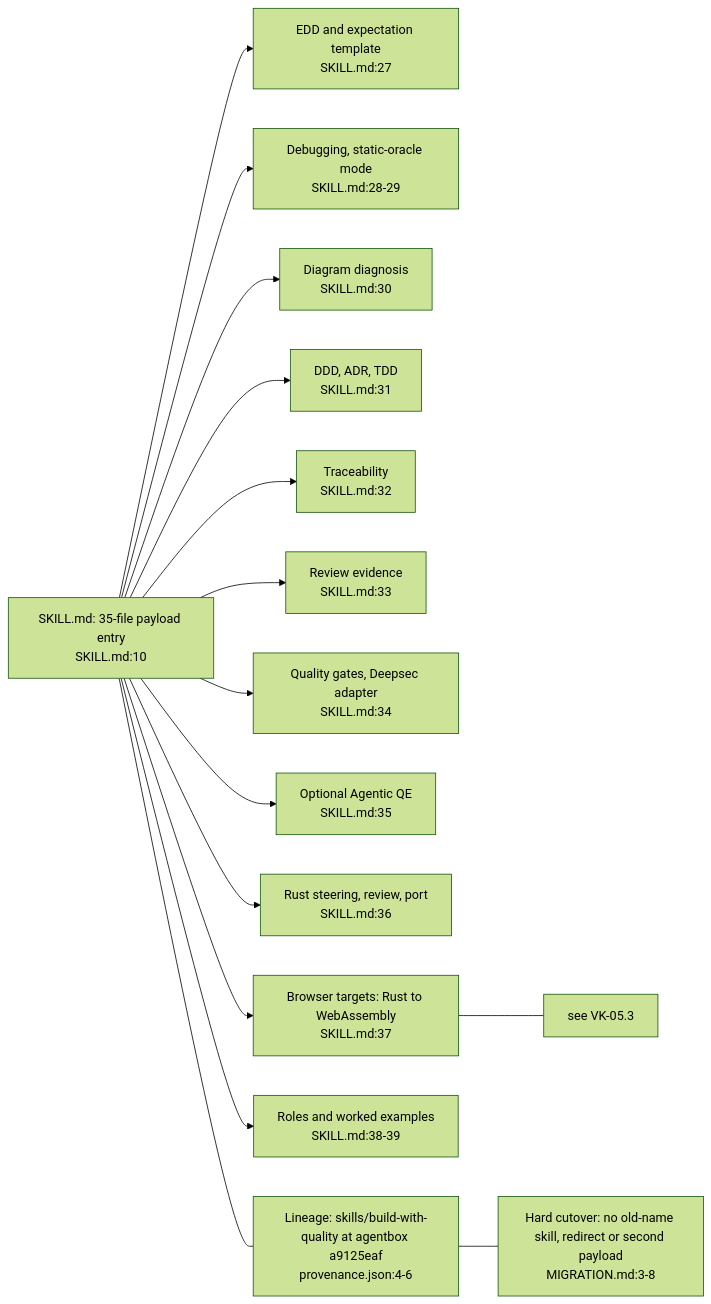
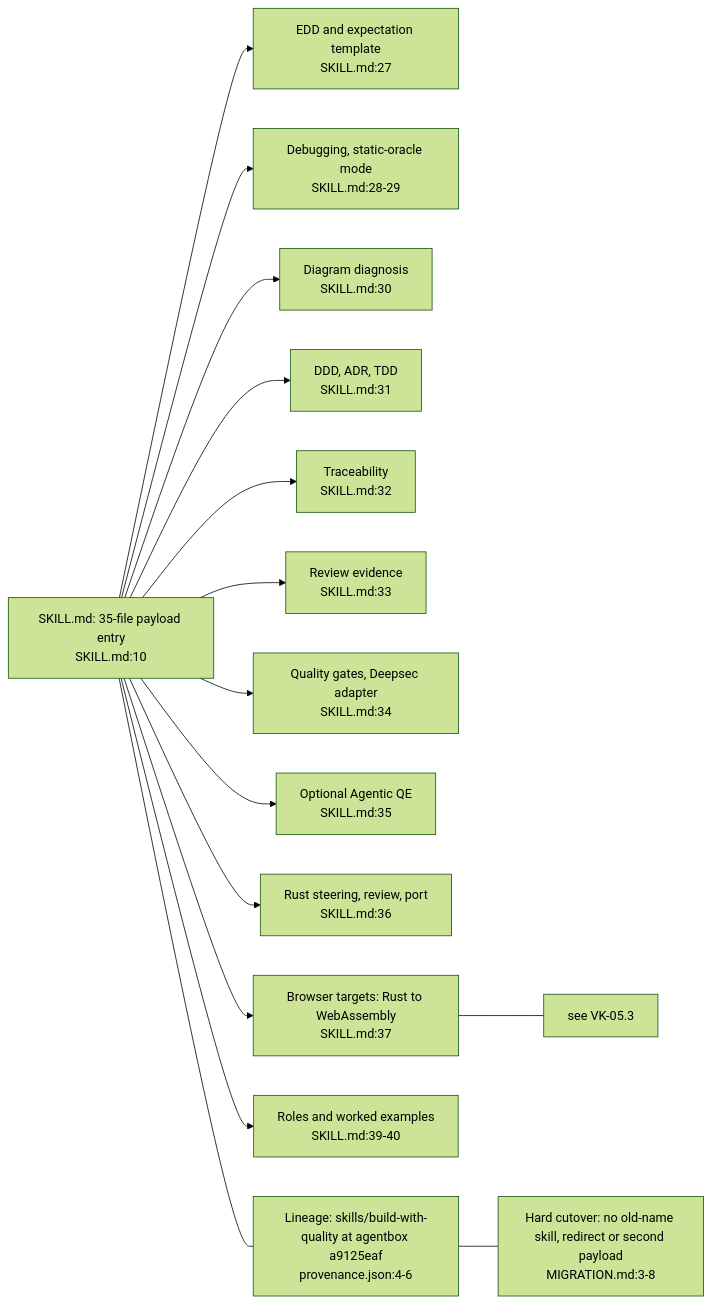
The fifth of 5 diagrams in docs/diagrams/visioncraft/01-crate-skill-composition-and-contracts.md (DreamLab-AI/VisionFlow), drawn with Mermaid (forest theme) before and after one commit. The commit also changed other lines of this file and 154 other files, not shown here.

First line of the commit message:
docs(diagrams): re-stamp 154 topics whose every citation still reads the same text at the current heads

````diff
--- a/docs/diagrams/visioncraft/01-crate-skill-composition-and-contracts.md
+++ b/docs/diagrams/visioncraft/01-crate-skill-composition-and-contracts.md
@@ -153,32 +153,32 @@
 ```mermaid
 flowchart LR
     SKM["SKILL.md: 35-file payload entry<br/>SKILL.md:10"]
     R1["EDD and expectation template<br/>SKILL.md:27"]
     R2["Debugging, static-oracle mode<br/>SKILL.md:28-29"]
     R3["Diagram diagnosis<br/>SKILL.md:30"]
     R4["DDD, ADR, TDD<br/>SKILL.md:31"]
     R5["Traceability<br/>SKILL.md:32"]
     R6["Review evidence<br/>SKILL.md:33"]
     R7["Quality gates, Deepsec adapter<br/>SKILL.md:34"]
     R8["Optional Agentic QE<br/>SKILL.md:35"]
     R9["Rust steering, review, port<br/>SKILL.md:36"]
     R10["Browser targets: Rust to WebAssembly<br/>SKILL.md:37"]
-    R11["Roles and worked examples<br/>SKILL.md:38-39"]
+    R11["Roles and worked examples<br/>SKILL.md:39-40"]
     SKM --> R1
     SKM --> R2
     SKM --> R3
     SKM --> R4
     SKM --> R5
     SKM --> R6
     SKM --> R7
     SKM --> R8
     SKM --> R9
     SKM --> R10
     SKM --> R11
     L1["Lineage: skills/build-with-quality at agentbox a9125eaf<br/>provenance.json:4-6"]
     L2["Hard cutover: no old-name skill, redirect or second payload<br/>MIGRATION.md:3-8"]
     L3["see VK-05.3"]
     SKM --- L1
     L1 --- L2
     R10 --- L3
 ```
````
